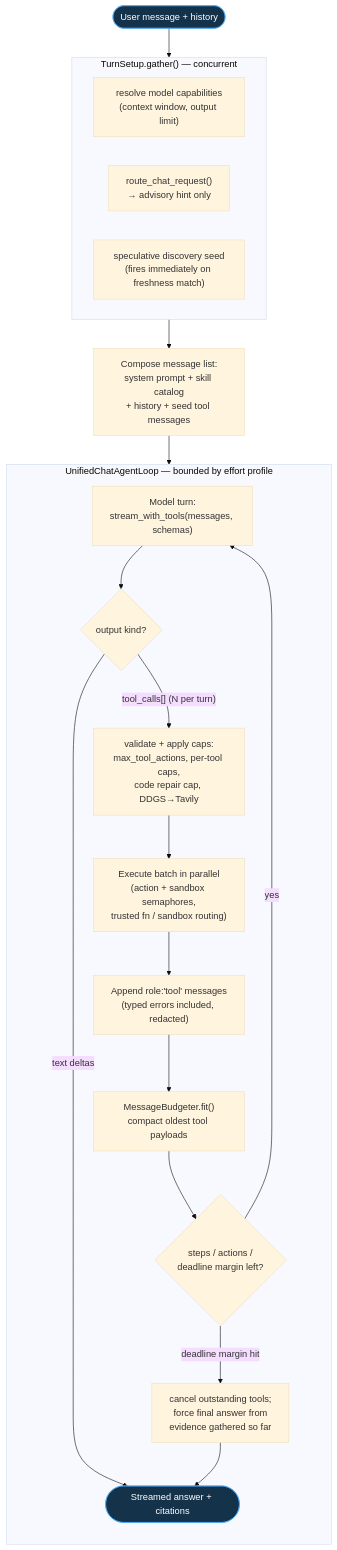
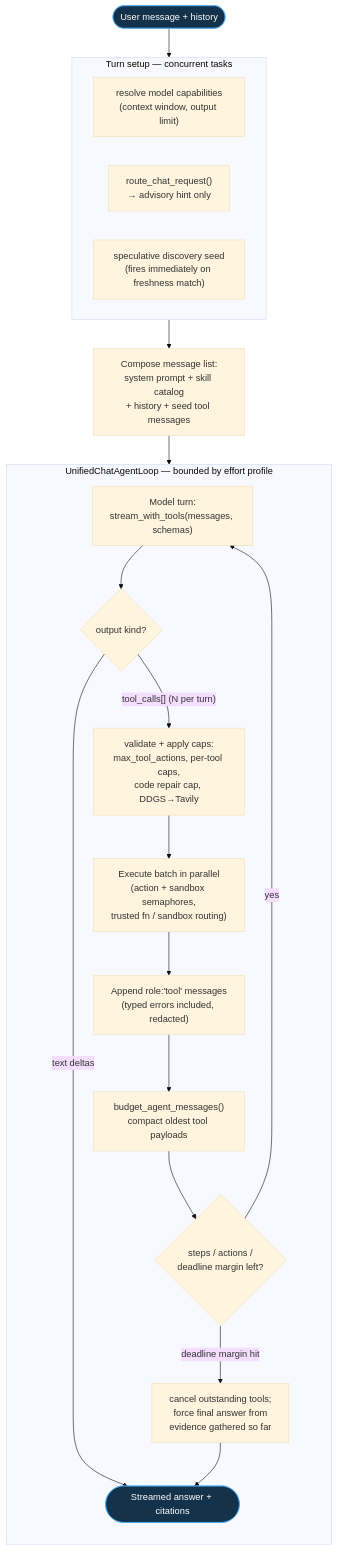
One commit to hellonish/singularity changed the first of 7 diagrams in README.md. Above: the diagram before and after it, drawn with Mermaid (base theme). The commit also changed other lines of this file and 109 other files, not shown here.

````diff
--- a/README.md
+++ b/README.md
@@ -562,33 +486,33 @@
 ```mermaid
 flowchart TD
     Start([User message + history]) --> Setup
 
-    subgraph Setup["TurnSetup.gather() — concurrent"]
+    subgraph Setup["Turn setup — concurrent tasks"]
         direction LR
         CapsR["resolve model capabilities<br/>(context window, output limit)"]
         HintR["route_chat_request()<br/>→ advisory hint only"]
         SeedR["speculative discovery seed<br/>(fires immediately on freshness match)"]
     end
 
     Setup --> Compose["Compose message list:<br/>system prompt + skill catalog<br/>+ history + seed tool messages"]
     Compose --> ModelTurn
 
     subgraph Loop["UnifiedChatAgentLoop — bounded by effort profile"]
         direction TB
         ModelTurn["Model turn:<br/>stream_with_tools(messages, schemas)"] --> Kind{"output kind?"}
         Kind -->|"tool_calls[] (N per turn)"| Validate["validate + apply caps:<br/>max_tool_actions, per-tool caps,<br/>code repair cap, DDGS→Tavily"]
         Validate --> Exec["Execute batch in parallel<br/>(action + sandbox semaphores,<br/>trusted fn / sandbox routing)"]
         Exec --> Append["Append role:'tool' messages<br/>(typed errors included, redacted)"]
-        Append --> Budget2["MessageBudgeter.fit()<br/>compact oldest tool payloads"]
+        Append --> Budget2["budget_agent_messages()<br/>compact oldest tool payloads"]
         Budget2 --> StepCheck{"steps / actions /<br/>deadline margin left?"}
         StepCheck -->|yes| ModelTurn
         StepCheck -->|"deadline margin hit"| Force["cancel outstanding tools;<br/>force final answer from<br/>evidence gathered so far"]
         Kind -->|"text deltas"| Answer
         Force --> Answer
     end
 
     Answer([Streamed answer + citations])
 
     classDef terminal fill:#14324a,stroke:#4dabf7,color:#fff;
     class Start,Answer terminal;
 ```
````
